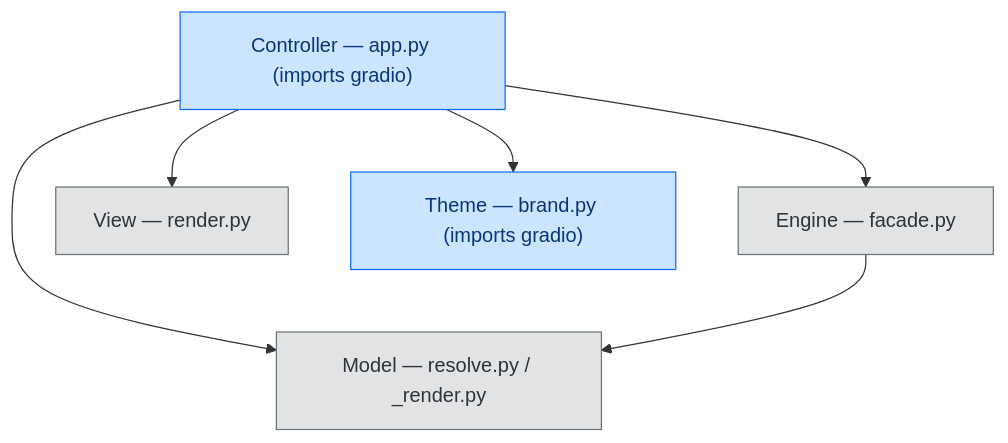
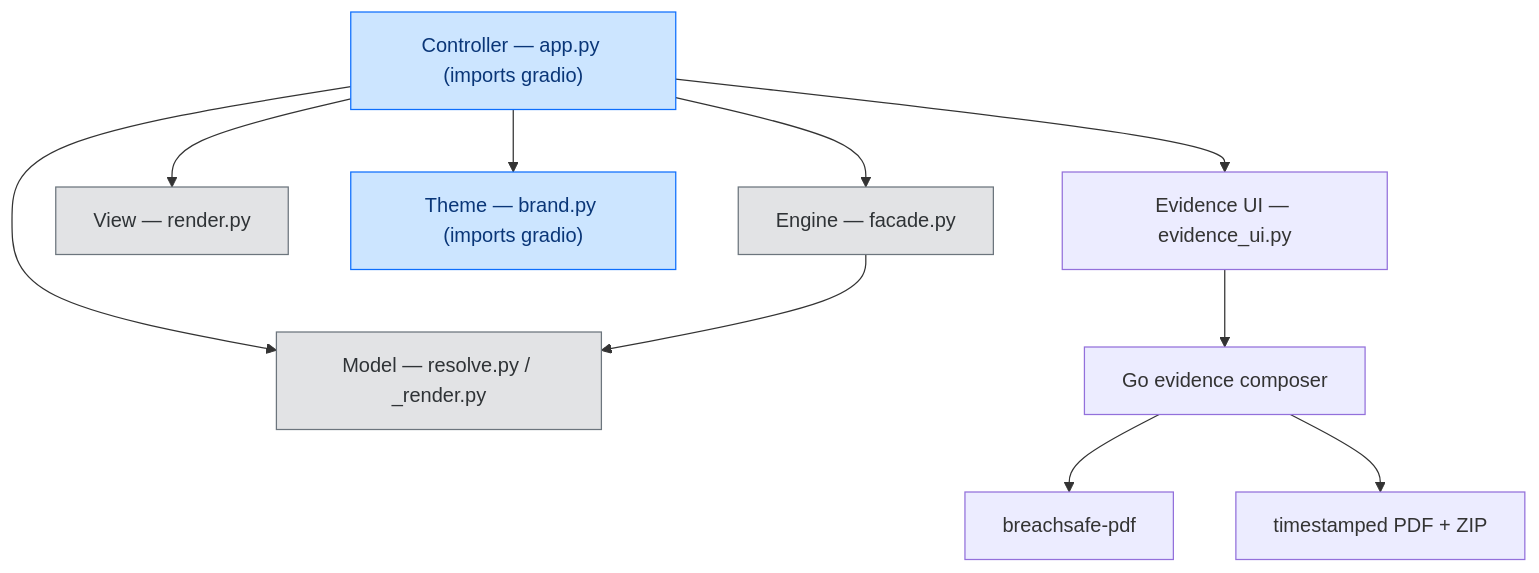
The second of 2 diagrams in README.md (paul007ex/breachsafe-ux), drawn with Mermaid before and after one commit. The commit also changed other lines of this file and 2 other files, not shown here.

Commit message:
docs: document Go evidence export architecture and release image

````diff
--- a/README.md
+++ b/README.md
@@ -52,17 +52,21 @@
 ```mermaid
 flowchart TD
     controller["Controller — app.py (imports gradio)"]
     controller --> engine["Engine — facade.py"]
     controller --> view["View — render.py"]
     controller --> model["Model — resolve.py / _render.py"]
     controller --> theme["Theme — brand.py (imports gradio)"]
+    controller --> evidence_ui["Evidence UI — evidence_ui.py"]
+    evidence_ui --> evidence["Go evidence composer"]
+    evidence --> pdf["breachsafe-pdf"]
+    evidence --> bundle["timestamped PDF + ZIP"]
     engine --> model
     classDef valid       fill:#d4edda,stroke:#28a745,color:#155724;
     classDef invalid     fill:#f8d7da,stroke:#dc3545,color:#721c24;
     classDef unavailable fill:#fff3cd,stroke:#fd7e14,color:#7a4a00;
     classDef process     fill:#cce5ff,stroke:#0d6efd,color:#0a3678;
     classDef artifact    fill:#e2e3e5,stroke:#6c757d,color:#2f3336;
     classDef external    fill:#e7d6ff,stroke:#6f42c1,color:#3d1a78;
     class controller,theme process;
     class engine,view,model artifact;
 ```
````
